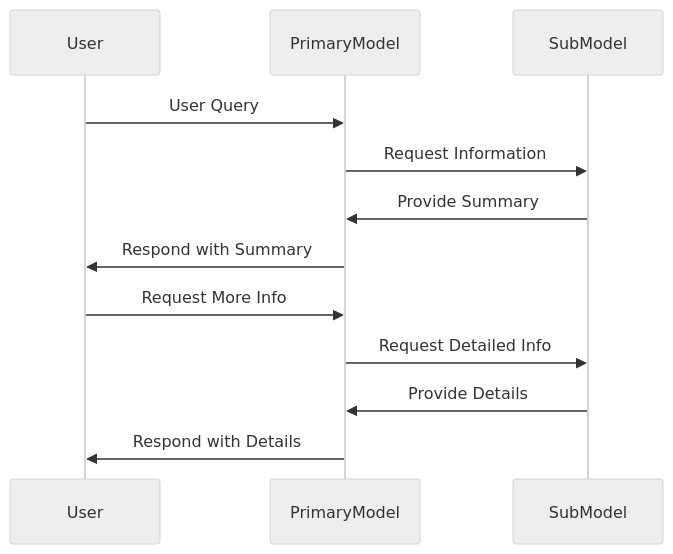
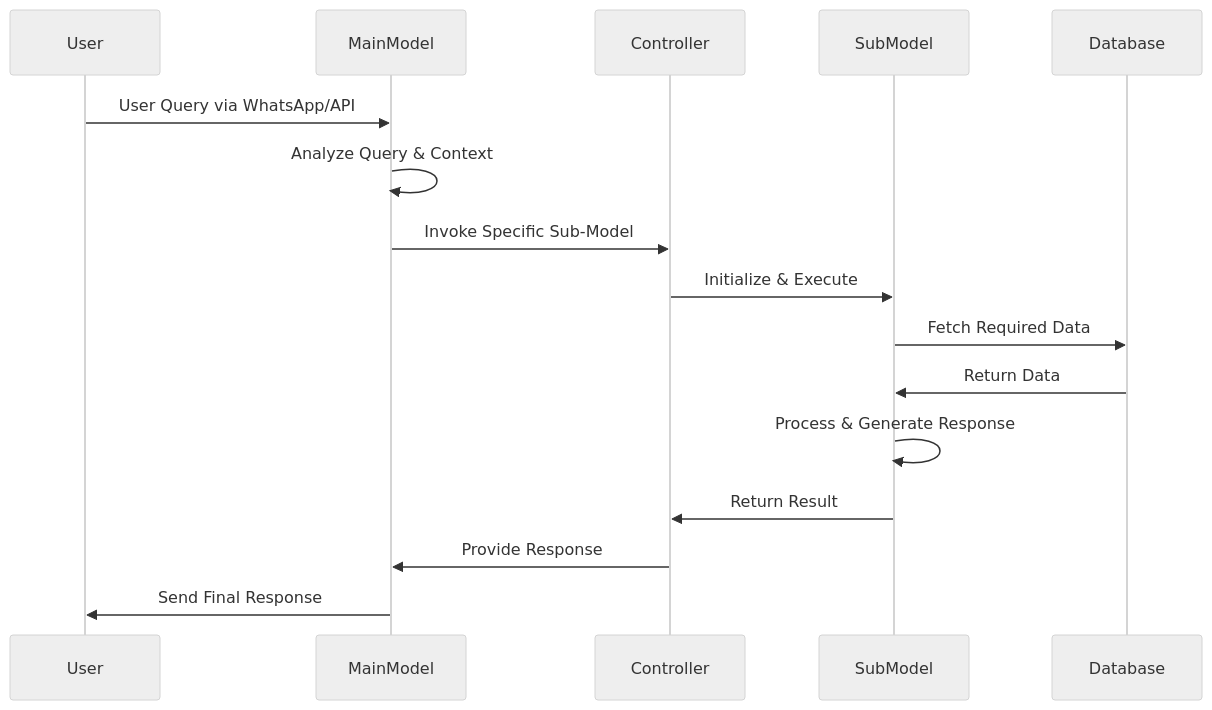
Before and after one commit to RamaSai2519/ARK-I: the first of 2 diagrams in Readme.md, drawn with Mermaid (neutral theme). The commit also changed other lines of this file, not shown here.

Commit message:
Update README with comprehensive documentation of current architecture

````diff
--- a/Readme.md
+++ b/Readme.md
@@ -9,14 +9,18 @@
 ```mermaid
 sequenceDiagram
     participant User
-    participant PrimaryModel
+    participant MainModel
+    participant Controller
     participant SubModel
-    User->>PrimaryModel: User Query
-    PrimaryModel->>SubModel: Request Information
-    SubModel->>PrimaryModel: Provide Summary
-    PrimaryModel->>User: Respond with Summary
-    User->>PrimaryModel: Request More Info
-    PrimaryModel->>SubModel: Request Detailed Info
-    SubModel->>PrimaryModel: Provide Details
-    PrimaryModel->>User: Respond with Details
+    participant Database
+    User->>MainModel: User Query via WhatsApp/API
+    MainModel->>MainModel: Analyze Query & Context
+    MainModel->>Controller: Invoke Specific Sub-Model
+    Controller->>SubModel: Initialize & Execute
+    SubModel->>Database: Fetch Required Data
+    Database->>SubModel: Return Data
+    SubModel->>SubModel: Process & Generate Response
+    SubModel->>Controller: Return Result
+    Controller->>MainModel: Provide Response
+    MainModel->>User: Send Final Response
 ```
````
